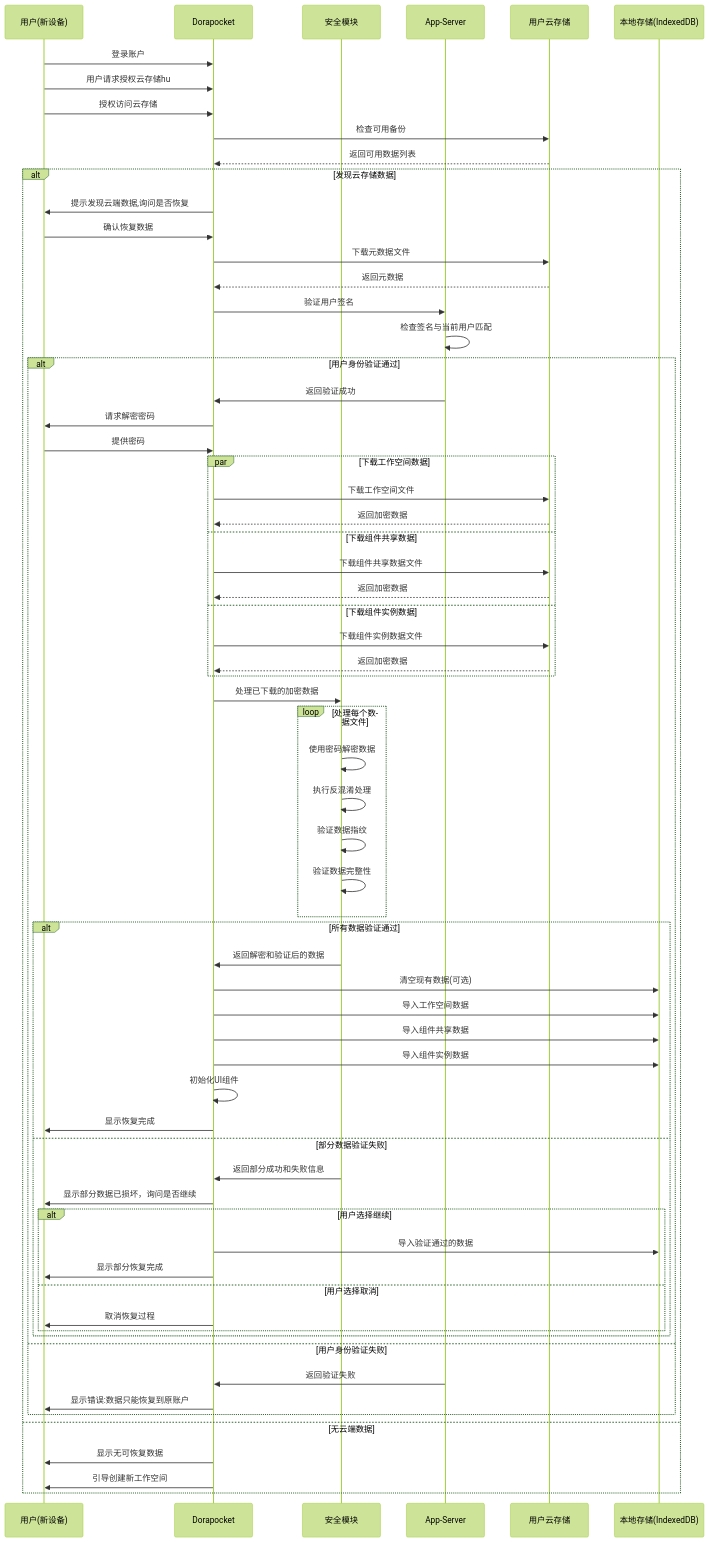
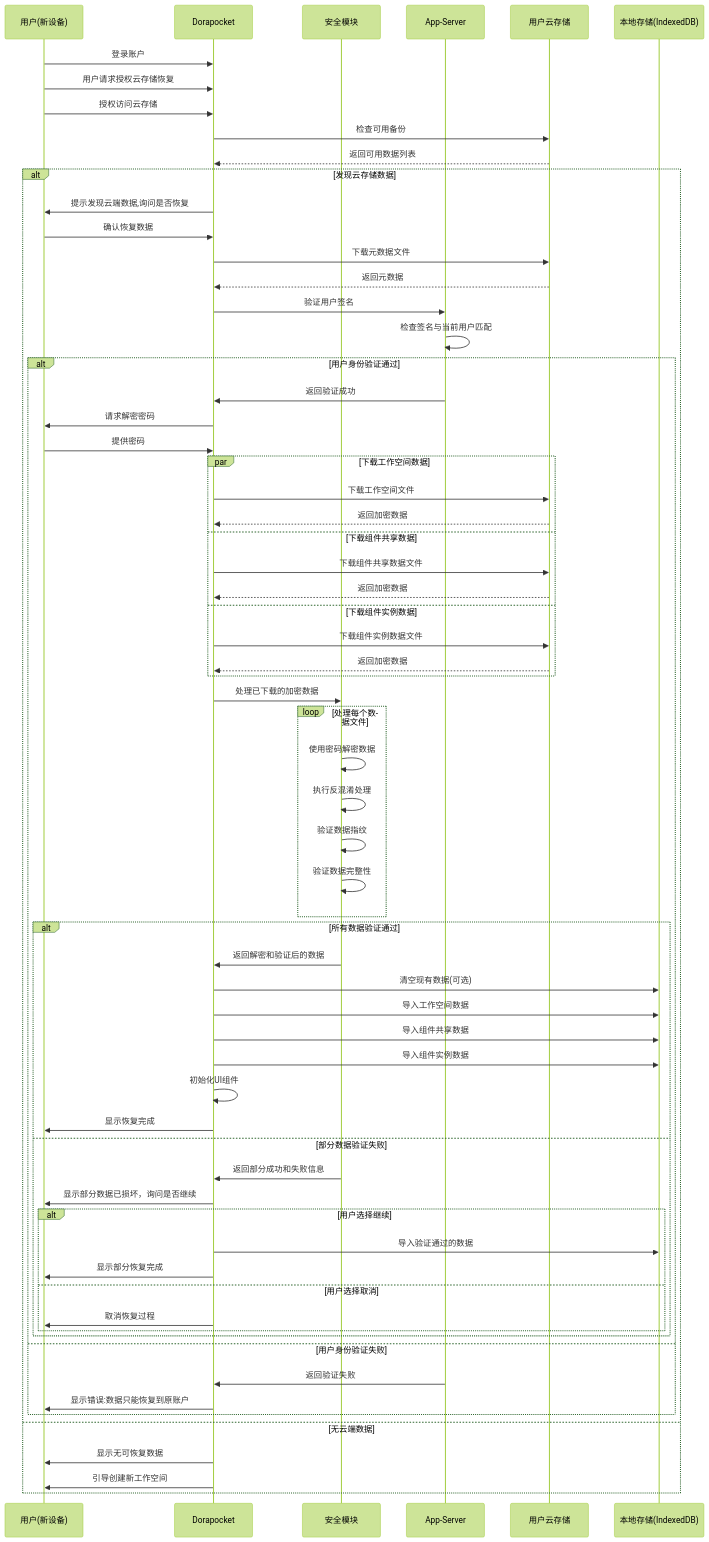
Before and after one commit to yingjianzh/iodraw-files: the diagram in all/未命名-34.md, drawn with Mermaid (forest theme).

Commit message:
2025-04-17 17:05:34 update

````diff
--- a/all/未命名-34.md
+++ b/all/未命名-34.md
@@ -1,81 +1,81 @@
 ```mermaid
 sequenceDiagram
     participant User as 用户(新设备)
     participant App as Dorapocket
     participant Security as 安全模块
     participant AppServer as App-Server
     participant UserCloud as 用户云存储
     participant LocalDB as 本地存储(IndexedDB)
     
     User->>App: 登录账户
-    User->>App: 用户请求授权云存储hu
+    User->>App: 用户请求授权云存储恢复
     User->>App: 授权访问云存储
     
     App->>UserCloud: 检查可用备份
     UserCloud-->>App: 返回可用数据列表
     
     alt 发现云存储数据
         App->>User: 提示发现云端数据,询问是否恢复
         User->>App: 确认恢复数据
         
         App->>UserCloud: 下载元数据文件
         UserCloud-->>App: 返回元数据
         
         App->>AppServer: 验证用户签名
         AppServer->>AppServer: 检查签名与当前用户匹配
         
         alt 用户身份验证通过
             AppServer->>App: 返回验证成功
             
             App->>User: 请求解密密码
             User->>App: 提供密码
             
             par 下载工作空间数据
                 App->>UserCloud: 下载工作空间文件
                 UserCloud-->>App: 返回加密数据
             and 下载组件共享数据
                 App->>UserCloud: 下载组件共享数据文件
                 UserCloud-->>App: 返回加密数据
             and 下载组件实例数据
                 App->>UserCloud: 下载组件实例数据文件
                 UserCloud-->>App: 返回加密数据
             end
             
             App->>Security: 处理已下载的加密数据
             loop 处理每个数据文件
                 Security->>Security: 使用密码解密数据
                 Security->>Security: 执行反混淆处理
                 Security->>Security: 验证数据指纹
                 Security->>Security: 验证数据完整性
             end
             
             alt 所有数据验证通过
                 Security->>App: 返回解密和验证后的数据
                 
                 App->>LocalDB: 清空现有数据(可选)
                 App->>LocalDB: 导入工作空间数据
                 App->>LocalDB: 导入组件共享数据
                 App->>LocalDB: 导入组件实例数据
                 
                 App->>App: 初始化UI组件
                 App->>User: 显示恢复完成
             else 部分数据验证失败
                 Security->>App: 返回部分成功和失败信息
                 App->>User: 显示部分数据已损坏，询问是否继续
                 
                 alt 用户选择继续
                     App->>LocalDB: 导入验证通过的数据
                     App->>User: 显示部分恢复完成
                 else 用户选择取消
                     App->>User: 取消恢复过程
                 end
             end
         else 用户身份验证失败
             AppServer->>App: 返回验证失败
             App->>User: 显示错误:数据只能恢复到原账户
         end
     else 无云端数据
         App->>User: 显示无可恢复数据
         App->>User: 引导创建新工作空间
     end
 ```
````
